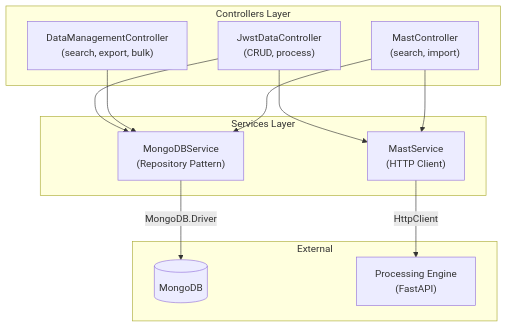
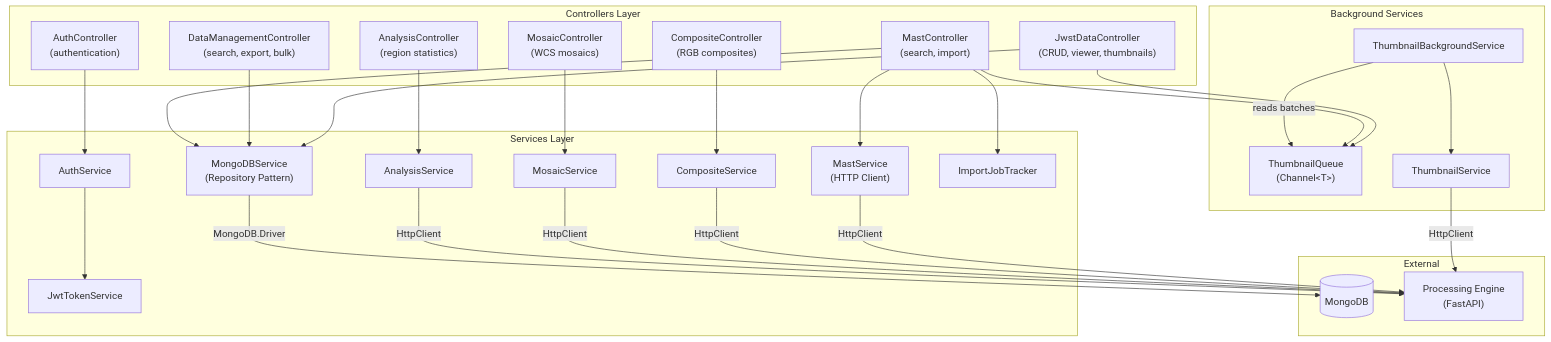
The eighth of 11 diagrams in docs/architecture.md (Snoww3d/jwst-data-analysis), drawn with Mermaid before and after one commit. The commit also changed other lines of this file and 3 other files, not shown here.

First line of the commit message:
docs: update backend service documentation for thumbnail queue and missing services (#316)

````diff
--- a/docs/architecture.md
+++ b/docs/architecture.md
@@ -395,27 +395,57 @@
 ```mermaid
 flowchart TB
     subgraph Controllers["Controllers Layer"]
-        JwstCtrl["JwstDataController\n(CRUD, process)"]
+        JwstCtrl["JwstDataController\n(CRUD, viewer, thumbnails)"]
         DataMgmtCtrl["DataManagementController\n(search, export, bulk)"]
         MastCtrl["MastController\n(search, import)"]
+        CompositeCtrl["CompositeController\n(RGB composites)"]
+        MosaicCtrl["MosaicController\n(WCS mosaics)"]
+        AnalysisCtrl["AnalysisController\n(region statistics)"]
+        AuthCtrl["AuthController\n(authentication)"]
     end
 
     subgraph Services["Services Layer"]
         MongoSvc["MongoDBService\n(Repository Pattern)"]
         MastSvc["MastService\n(HTTP Client)"]
+        CompositeSvc["CompositeService"]
+        MosaicSvc["MosaicService"]
+        AnalysisSvc["AnalysisService"]
+        AuthSvc["AuthService"]
+        JwtSvc["JwtTokenService"]
+        JobTracker["ImportJobTracker"]
+    end
+
+    subgraph Background["Background Services"]
+        ThumbnailBg["ThumbnailBackgroundService"]
+        ThumbnailQ["ThumbnailQueue\n(Channel&lt;T&gt;)"]
+        ThumbnailSvc["ThumbnailService"]
     end
 
     subgraph External["External"]
         MongoDB[("MongoDB")]
         ProcessingAPI["Processing Engine\n(FastAPI)"]
     end
 
     JwstCtrl --> MongoSvc
-    JwstCtrl --> MastSvc
+    JwstCtrl --> ThumbnailQ
     DataMgmtCtrl --> MongoSvc
     MastCtrl --> MastSvc
     MastCtrl --> MongoSvc
+    MastCtrl --> ThumbnailQ
+    MastCtrl --> JobTracker
+    CompositeCtrl --> CompositeSvc
+    MosaicCtrl --> MosaicSvc
+    AnalysisCtrl --> AnalysisSvc
+    AuthCtrl --> AuthSvc
+    AuthSvc --> JwtSvc
+
+    ThumbnailBg -->|reads batches| ThumbnailQ
+    ThumbnailBg --> ThumbnailSvc
 
     MongoSvc -->|MongoDB.Driver| MongoDB
     MastSvc -->|HttpClient| ProcessingAPI
+    CompositeSvc -->|HttpClient| ProcessingAPI
+    MosaicSvc -->|HttpClient| ProcessingAPI
+    AnalysisSvc -->|HttpClient| ProcessingAPI
+    ThumbnailSvc -->|HttpClient| ProcessingAPI
 ```
````
